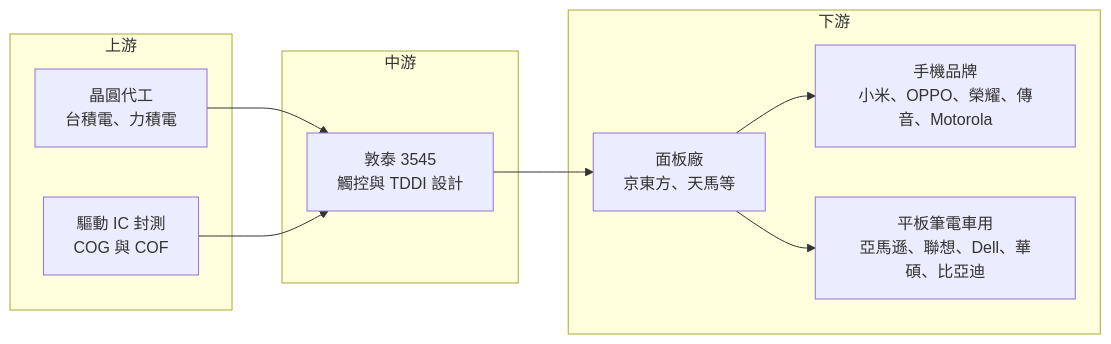
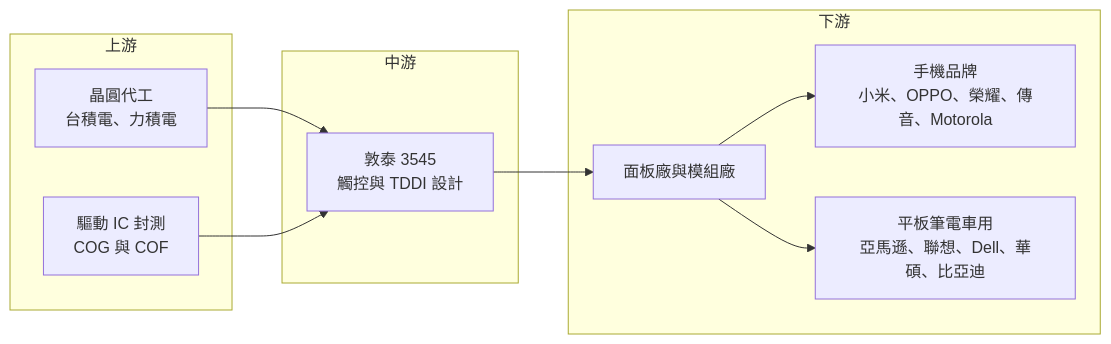
One commit to wangnick1004/taiwan-stock-vault changed the third of 3 diagrams in 個股/台股/3545敦泰.md. Above: the diagram before and after it, drawn with Mermaid. The commit also changed other lines of this file and 142 other files, not shown here.

````diff
--- a/個股/台股/3545敦泰.md
+++ b/個股/台股/3545敦泰.md
@@ -204,20 +212,20 @@
 ```mermaid
 flowchart LR
     subgraph 上游
         A1["晶圓代工<br/>台積電、力積電"]
         A2[驅動 IC 封測<br/>COG 與 COF]
     end
     subgraph 中游
         B[敦泰 3545<br/>觸控與 TDDI 設計]
     end
     subgraph 下游
-        C1["面板廠<br/>京東方、天馬等"]
+        C1[面板廠與模組廠]
         C2["手機品牌<br/>小米、OPPO、榮耀、傳音、Motorola"]
         C3["平板筆電車用<br/>亞馬遜、聯想、Dell、華碩、比亞迪"]
     end
     A1 --> B
     A2 --> B
     B --> C1
     C1 --> C2
     C1 --> C3
 ```
````
